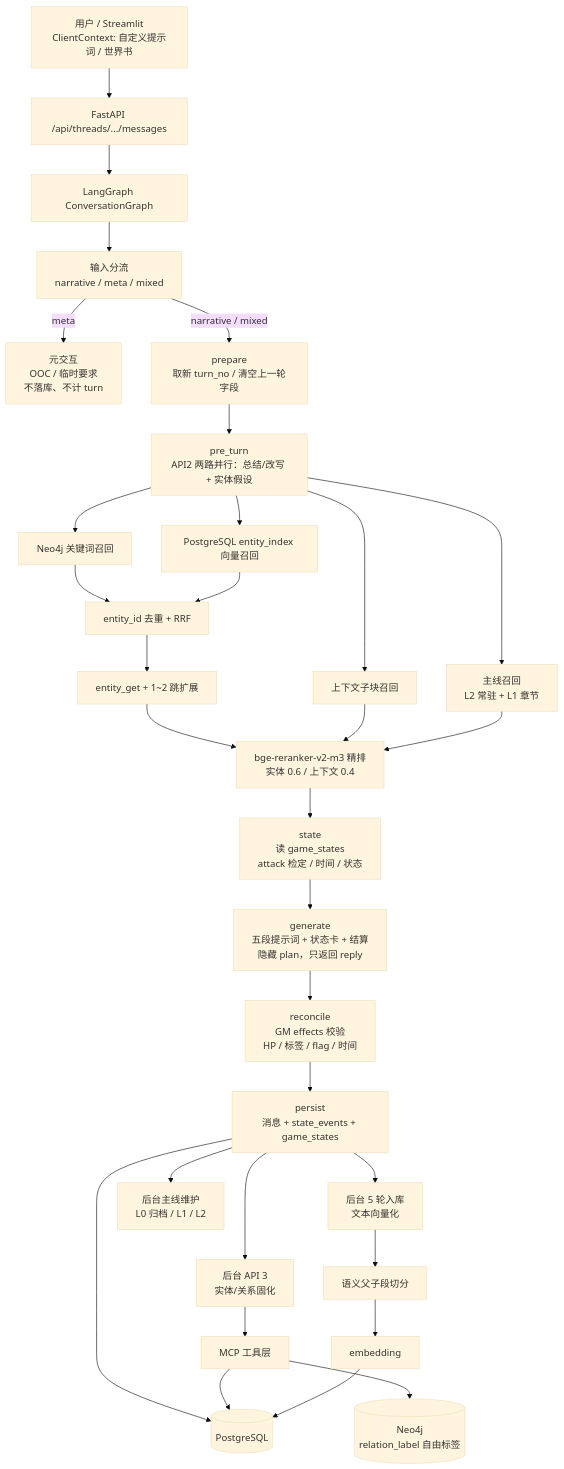
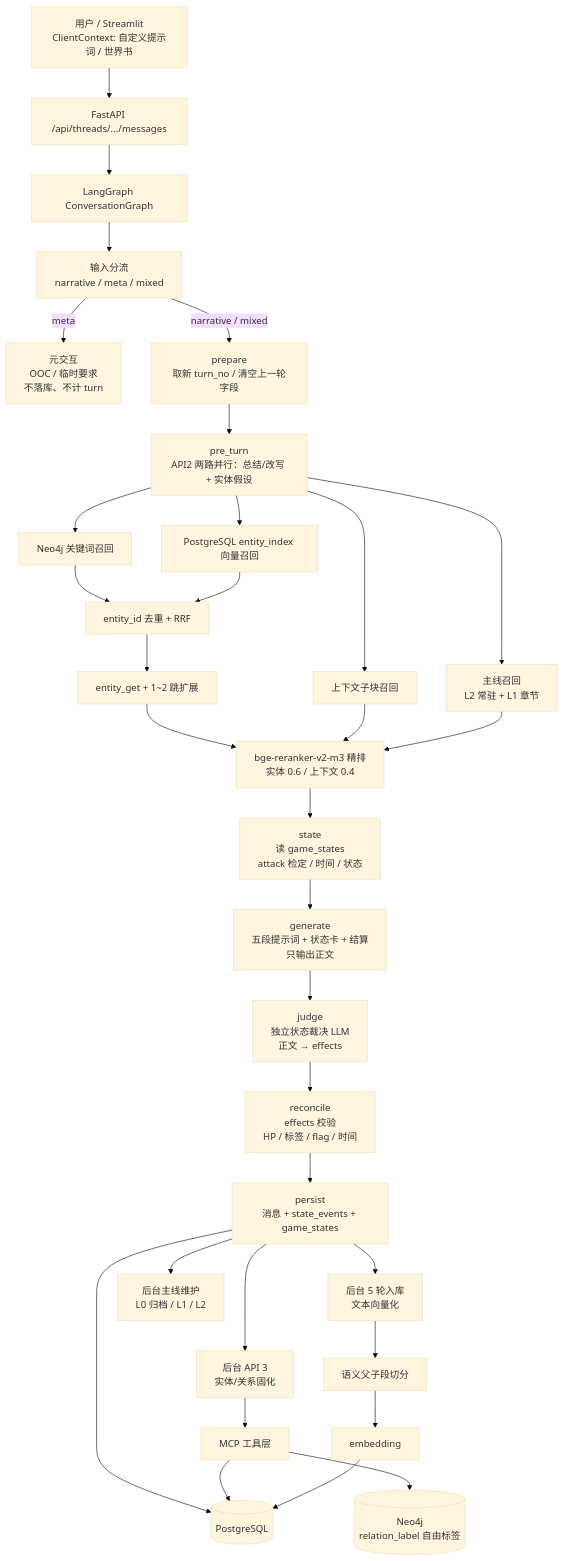
The first of 5 diagrams in docs/business_flow.md (hjiaju336-sys/mem_ol), drawn with Mermaid (base theme) before and after one commit. The commit also changed other lines of this file and 43 other files, not shown here.

````diff
--- a/docs/business_flow.md
+++ b/docs/business_flow.md
@@ -20,34 +20,35 @@
 ```mermaid
 flowchart TD
     U[用户 / Streamlit<br/>ClientContext: 自定义提示词 / 世界书] --> API[FastAPI /api/threads/.../messages]
     API --> G[LangGraph ConversationGraph]
     G --> CL[输入分流<br/>narrative / meta / mixed]
     CL -- meta --> M[元交互<br/>OOC / 临时要求<br/>不落库、不计 turn]
     CL -- narrative / mixed --> P[prepare<br/>取新 turn_no / 清空上一轮字段]
     P --> A2[pre_turn<br/>API2 两路并行：总结/改写 + 实体假设]
     A2 --> KR[Neo4j 关键词召回]
     A2 --> VR[PostgreSQL entity_index 向量召回]
     A2 --> CR[上下文子块召回]
     A2 --> PL[主线召回<br/>L2 常驻 + L1 章节]
     KR --> F[entity_id 去重 + RRF]
     VR --> F
     F --> GE[entity_get + 1~2 跳扩展]
     GE --> RR[bge-reranker-v2-m3 精排<br/>实体 0.6 / 上下文 0.4]
     CR --> RR
     PL --> RR
     RR --> ST[state<br/>读 game_states<br/>attack 检定 / 时间 / 状态]
-    ST --> GM[generate<br/>五段提示词 + 状态卡 + 结算<br/>隐藏 plan，只返回 reply]
-    GM --> RC[reconcile<br/>GM effects 校验<br/>HP / 标签 / flag / 时间]
+    ST --> GM[generate<br/>五段提示词 + 状态卡 + 结算<br/>只输出正文]
+    GM --> JD[judge<br/>独立状态裁决 LLM<br/>正文 → effects]
+    JD --> RC[reconcile<br/>effects 校验<br/>HP / 标签 / flag / 时间]
     RC --> PS[persist<br/>消息 + state_events + game_states]
     PS --> PG[(PostgreSQL)]
     PS --> BG1[后台 API 3<br/>实体/关系固化]
     PS --> BG2[后台 5 轮入库<br/>文本向量化]
     PS --> BG3[后台主线维护<br/>L0 归档 / L1 / L2]
 
     BG1 --> MCP[MCP 工具层]
     MCP --> N4[(Neo4j<br/>relation_label 自由标签)]
     MCP --> PG
     BG2 --> CH[语义父子段切分]
     CH --> EMB[embedding]
     EMB --> PG
 ```
````
